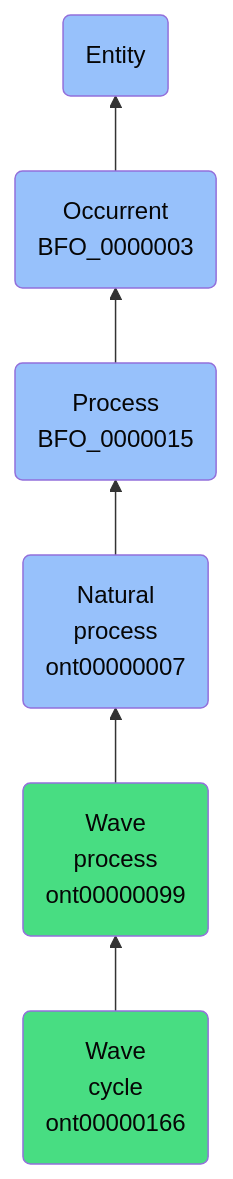
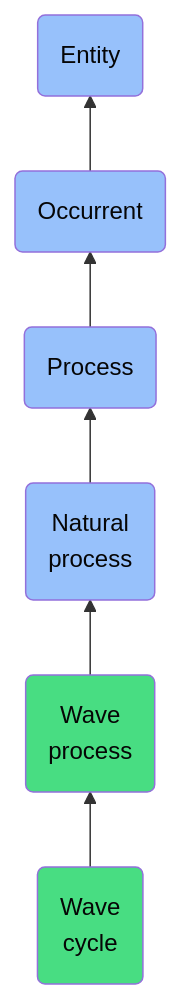
One commit to jupyter-naas/abi changed the diagram in docs/ontology/reference/model/Entity/Occurrent/Process/Natural process/Wave process/Wave cycle/Wave cycle.md. Above: the diagram before and after it, drawn with Mermaid. The commit also changed other lines of this file and 1430 other files, not shown here.

````diff
--- a/docs/ontology/reference/model/Entity/Occurrent/Process/Natural process/Wave process/Wave cycle/Wave cycle.md
+++ b/docs/ontology/reference/model/Entity/Occurrent/Process/Natural process/Wave process/Wave cycle/Wave cycle.md
@@ -24,13 +24,13 @@
 ```mermaid
 graph BT
-    ont00000166(Wave<br>cycle<br>ont00000166):::ABI-->ont00000099
-    ont00000099(Wave<br>process<br>ont00000099):::ABI-->ont00000007
-    ont00000007(Natural<br>process<br>ont00000007):::BFO-->BFO_0000015
-    BFO_0000015(Process<br>BFO_0000015):::BFO-->BFO_0000003
-    BFO_0000003(Occurrent<br>BFO_0000003):::BFO-->BFO_0000001
+    ont00000166(Wave<br>cycle):::ABI-->ont00000099
+    ont00000099(Wave<br>process):::ABI-->ont00000007
+    ont00000007(Natural<br>process):::BFO-->BFO_0000015
+    BFO_0000015(Process):::BFO-->BFO_0000003
+    BFO_0000003(Occurrent):::BFO-->BFO_0000001
     BFO_0000001(Entity):::BFO
     
     classDef BFO fill:#97c1fb,color:#060606
     classDef CCO fill:#e4c51e,color:#060606
     classDef ABI fill:#48DD82,color:#060606
 ```
````
